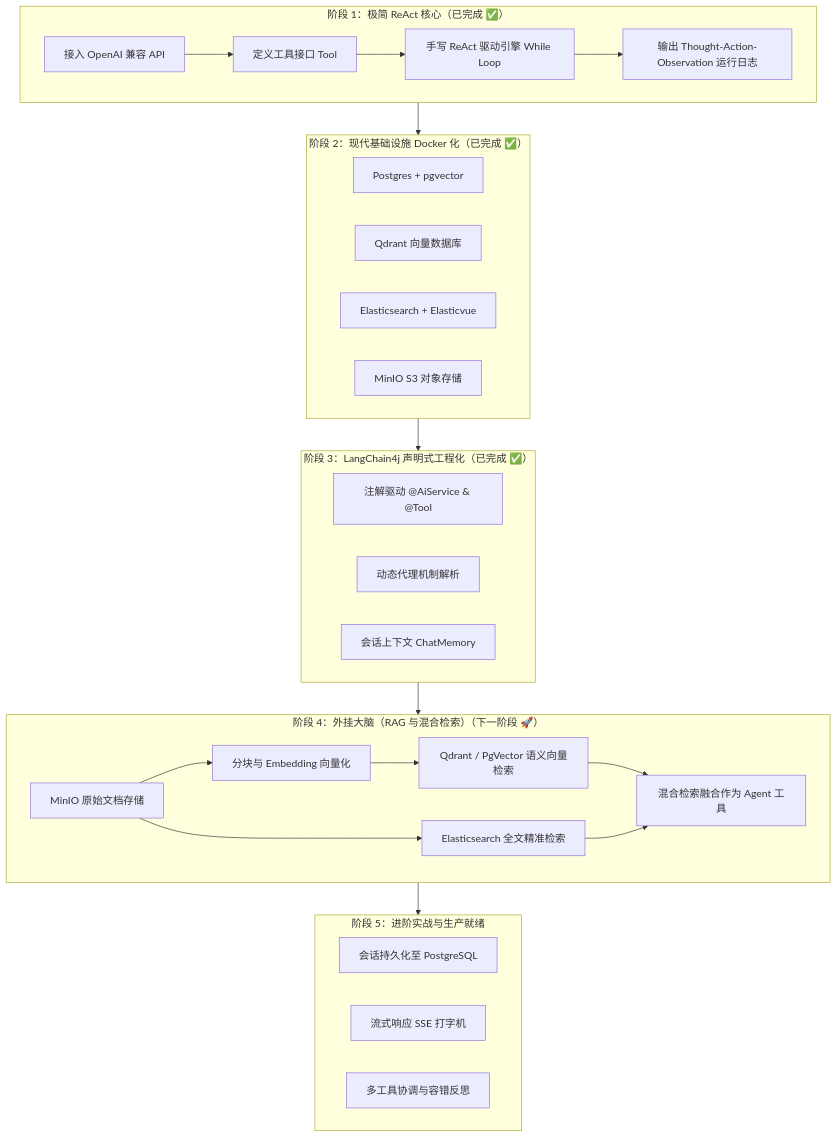
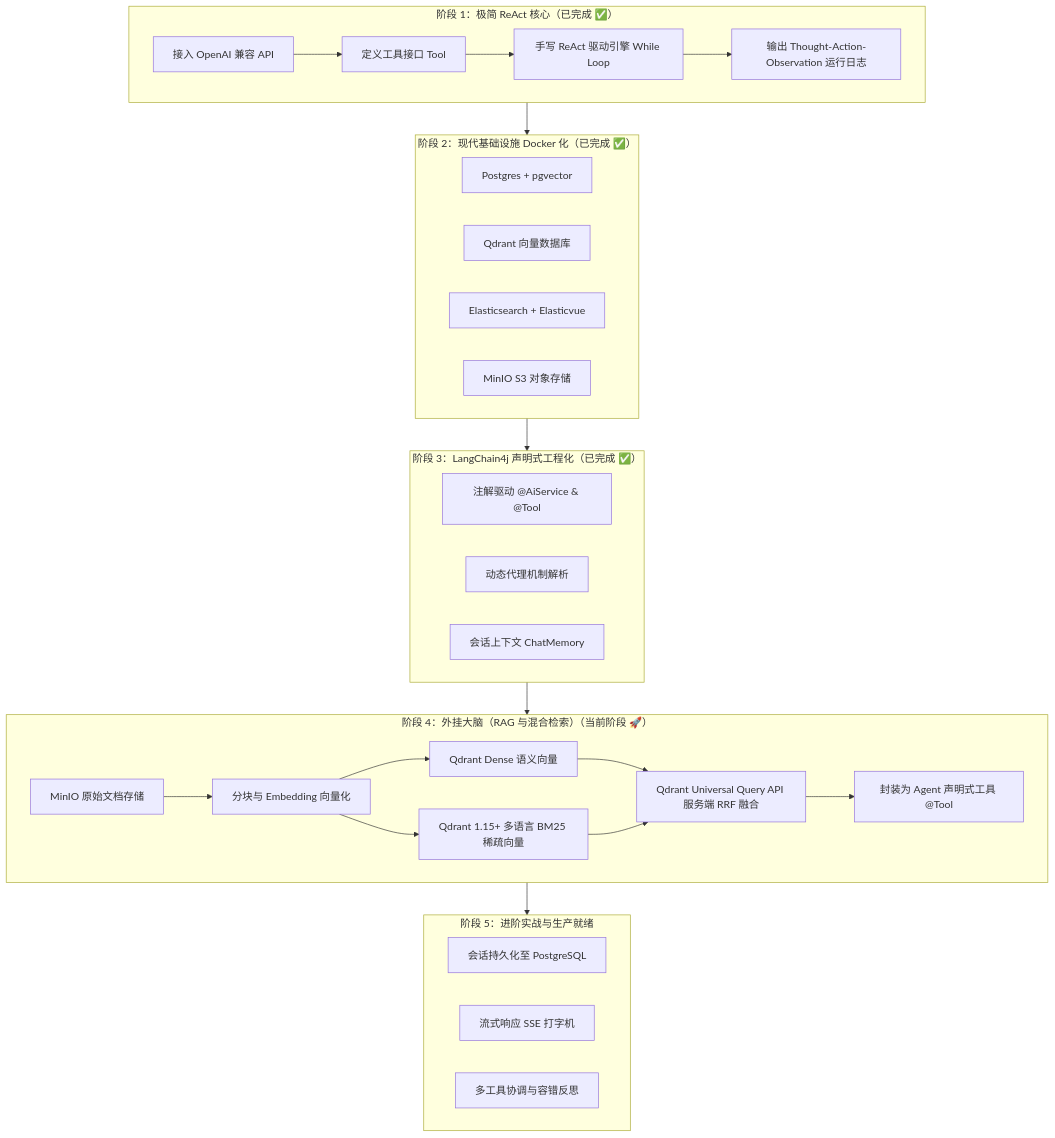
The diagram in ROADMAP.md (AKYakult/LearnAgent), drawn with Mermaid before and after one commit. The commit also changed other lines of this file and 11 other files, not shown here.

Commit message:
feat(rag): implement Qdrant native hybrid search (Dense + BM25 + RRF) and Agent tool integration

````diff
--- a/ROADMAP.md
+++ b/ROADMAP.md
@@ -10,39 +10,40 @@
 ```mermaid
 flowchart TD
     subgraph Phase1["阶段 1：极简 ReAct 核心（已完成 ✅）"]
         P1_1[接入 OpenAI 兼容 API] --> P1_2[定义工具接口 Tool]
         P1_2 --> P1_3[手写 ReAct 驱动引擎 While Loop]
         P1_3 --> P1_4[输出 Thought-Action-Observation 运行日志]
     end
 
     subgraph Phase2["阶段 2：现代基础设施 Docker 化（已完成 ✅）"]
         P2_1[Postgres + pgvector]
         P2_2[Qdrant 向量数据库]
         P2_3[Elasticsearch + Elasticvue]
         P2_4[MinIO S3 对象存储]
     end
 
     subgraph Phase3["阶段 3：LangChain4j 声明式工程化（已完成 ✅）"]
         P3_1[注解驱动 @AiService & @Tool]
         P3_2[动态代理机制解析]
         P3_3[会话上下文 ChatMemory]
     end
 
-    subgraph Phase4["阶段 4：外挂大脑（RAG 与混合检索）（下一阶段 🚀）"]
+    subgraph Phase4["阶段 4：外挂大脑（RAG 与混合检索）（当前阶段 🚀）"]
         P4_1[MinIO 原始文档存储] --> P4_2[分块与 Embedding 向量化]
-        P4_2 --> P4_3[Qdrant / PgVector 语义向量检索]
-        P4_1 --> P4_4[Elasticsearch 全文精准检索]
-        P4_3 & P4_4 --> P4_5[混合检索融合作为 Agent 工具]
+        P4_2 --> P4_3[Qdrant Dense 语义向量]
+        P4_2 --> P4_4[Qdrant 1.15+ 多语言 BM25 稀疏向量]
+        P4_3 & P4_4 --> P4_5[Qdrant Universal Query API 服务端 RRF 融合]
+        P4_5 --> P4_6[封装为 Agent 声明式工具 @Tool]
     end
 
     subgraph Phase5["阶段 5：进阶实战与生产就绪"]
         P5_1[会话持久化至 PostgreSQL]
         P5_2[流式响应 SSE 打字机]
         P5_3[多工具协调与容错反思]
     end
 
     Phase1 --> Phase2
     Phase2 --> Phase3
     Phase3 --> Phase4
     Phase4 --> Phase5
 ```
````
